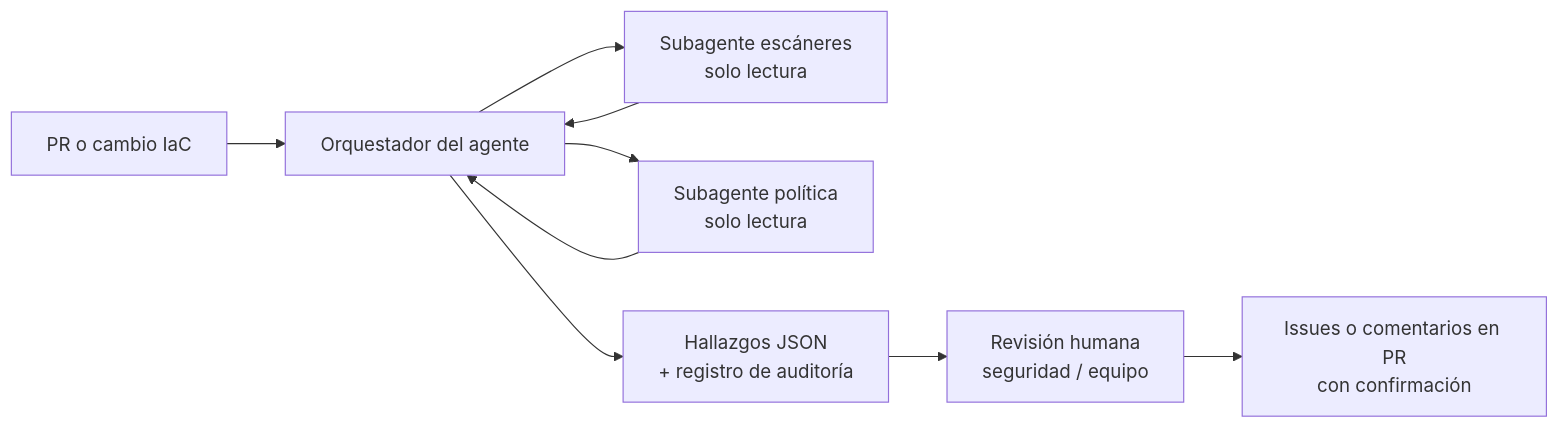
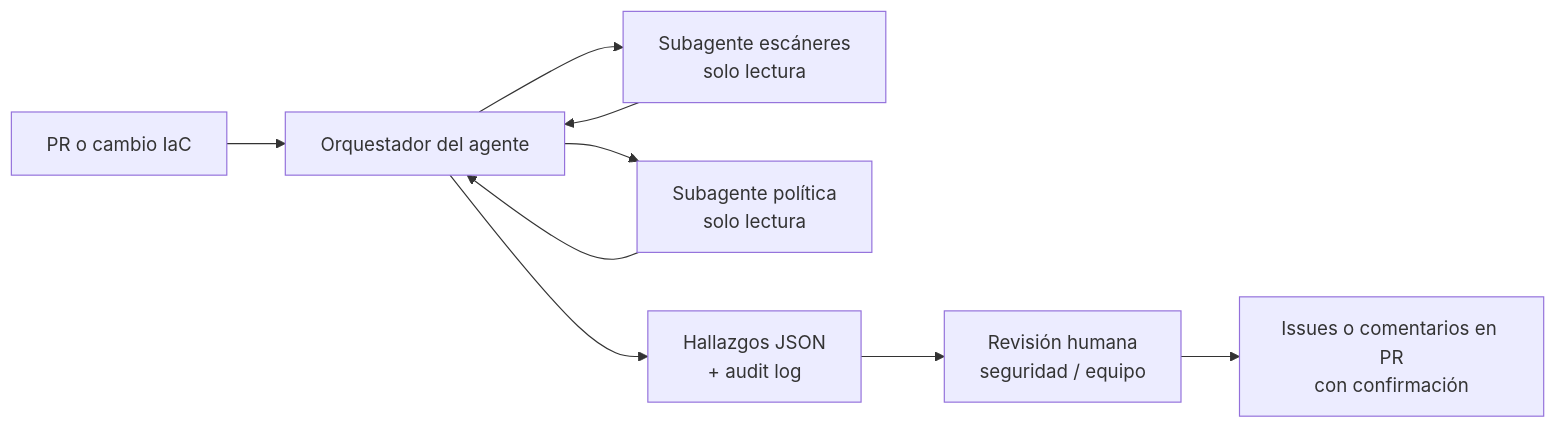
Before and after one commit to whinedo/ai-docs: the second of 3 diagrams in md/ODD aplicado a la generación de agentes.md, drawn with Mermaid. The commit also changed other lines of this file and 7 other files, not shown here.

````diff
--- a/md/ODD aplicado a la generación de agentes.md
+++ b/md/ODD aplicado a la generación de agentes.md
@@ -332,11 +332,11 @@
 ```mermaid
 flowchart LR
   PR[PR o cambio IaC] --> O[Orquestador del agente]
   O --> SC[Subagente escáneres\nsolo lectura]
   O --> PO[Subagente política\nsolo lectura]
   SC --> O
   PO --> O
-  O --> H[Hallazgos JSON\n+ registro de auditoría]
+  O --> H[Hallazgos JSON\n+ audit log]
   H --> R[Revisión humana\nseguridad / equipo]
   R --> I[Issues o comentarios en PR\ncon confirmación]
 ```
````
